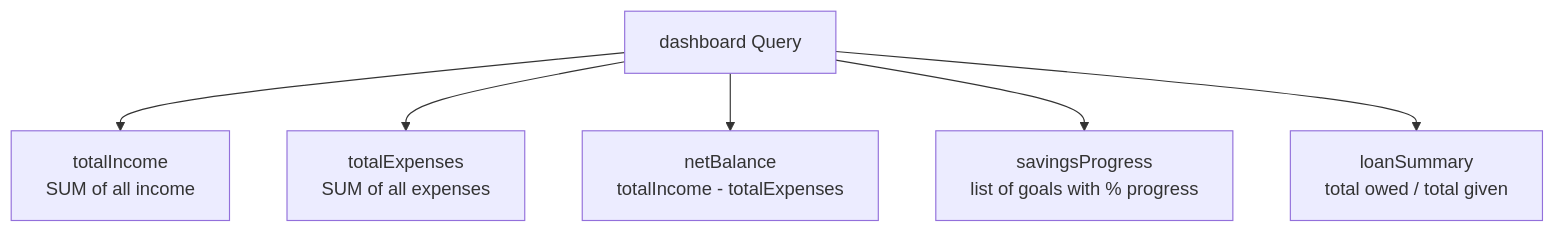
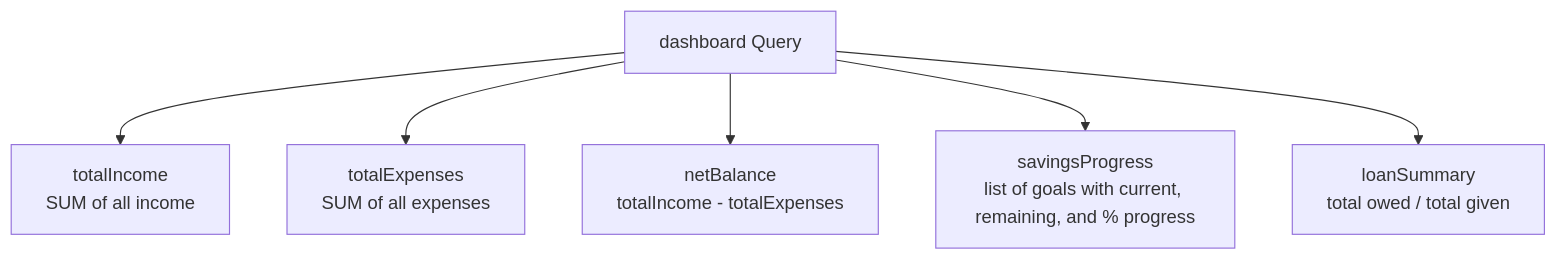
Before and after one commit to dev-personal-projects/vela: the ninth of 11 diagrams in docs/TRD.md, drawn with Mermaid. The commit also changed other lines of this file and 11 other files, not shown here.

First line of the commit message:
✨ feat: add remaining amount to savings goals in GraphQL API

````diff
--- a/docs/TRD.md
+++ b/docs/TRD.md
@@ -262,10 +263,10 @@
 ```mermaid
 flowchart TD
     DQ[dashboard Query]
 
     DQ --> TI[totalIncome\nSUM of all income]
     DQ --> TE[totalExpenses\nSUM of all expenses]
     DQ --> NB[netBalance\ntotalIncome - totalExpenses]
-    DQ --> SP[savingsProgress\nlist of goals with % progress]
+    DQ --> SP[savingsProgress\nlist of goals with current, remaining, and % progress]
     DQ --> LS[loanSummary\ntotal owed / total given]
 ```
````
